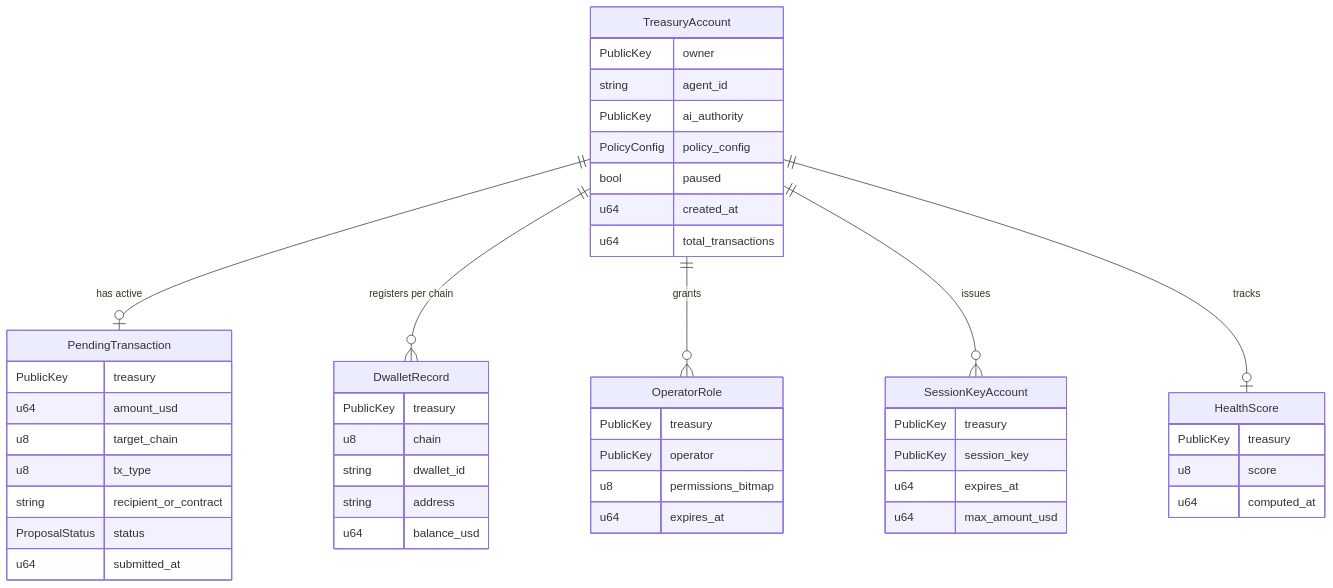
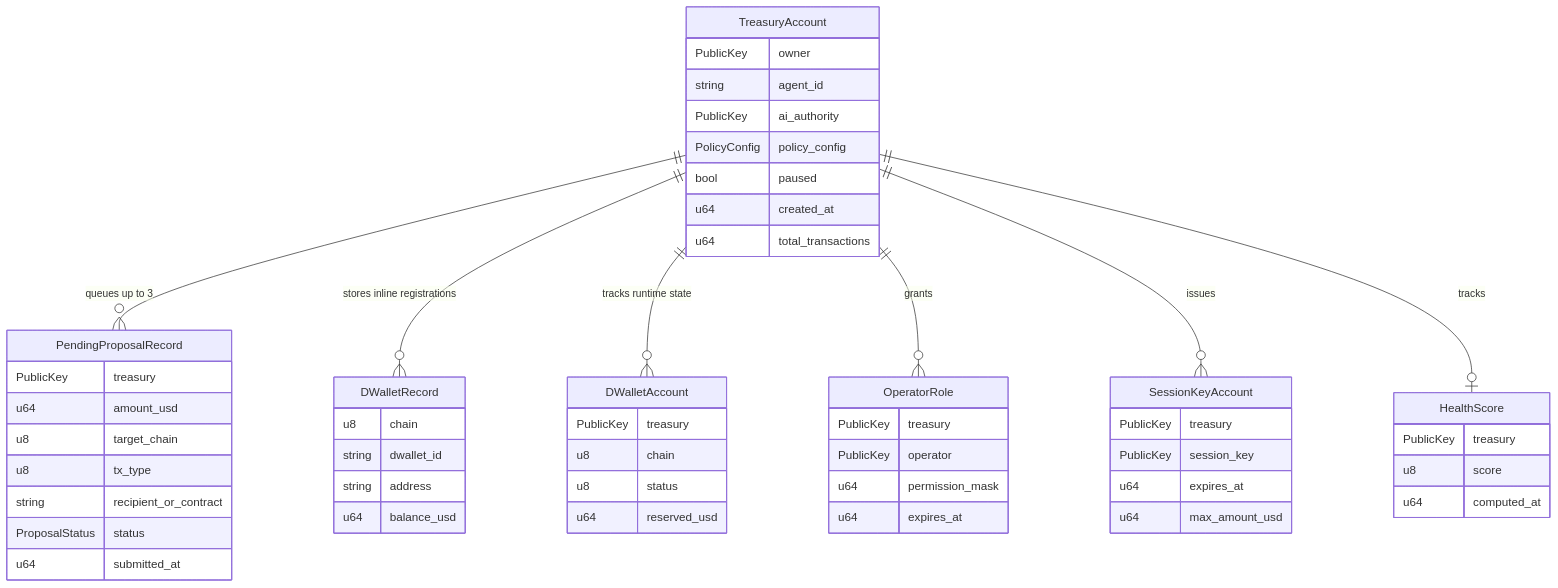
Before and after one commit to exyreams/aura: the fifth of 6 diagrams in packages/docs/content/overview/architecture.mdx, drawn with Mermaid. The commit also changed other lines of this file and 36 other files, not shown here.

````diff
--- a/packages/docs/content/overview/architecture.mdx
+++ b/packages/docs/content/overview/architecture.mdx
@@ -144,50 +144,56 @@
 ```mermaid
 erDiagram
   TreasuryAccount {
     PublicKey owner
     string agent_id
     PublicKey ai_authority
     PolicyConfig policy_config
     bool paused
     u64 created_at
     u64 total_transactions
   }
-  PendingTransaction {
+  PendingProposalRecord {
     PublicKey treasury
     u64 amount_usd
     u8 target_chain
     u8 tx_type
     string recipient_or_contract
     ProposalStatus status
     u64 submitted_at
   }
-  DwalletRecord {
-    PublicKey treasury
+  DWalletRecord {
     u8 chain
     string dwallet_id
     string address
     u64 balance_usd
   }
+  DWalletAccount {
+    PublicKey treasury
+    u8 chain
+    u8 status
+    u64 reserved_usd
+  }
   OperatorRole {
     PublicKey treasury
     PublicKey operator
-    u8 permissions_bitmap
+    u64 permission_mask
     u64 expires_at
   }
   SessionKeyAccount {
     PublicKey treasury
     PublicKey session_key
     u64 expires_at
     u64 max_amount_usd
   }
   HealthScore {
     PublicKey treasury
     u8 score
     u64 computed_at
   }
-  TreasuryAccount ||--o| PendingTransaction : "has active"
-  TreasuryAccount ||--o{ DwalletRecord : "registers per chain"
+  TreasuryAccount ||--o{ PendingProposalRecord : "queues up to 3"
+  TreasuryAccount ||--o{ DWalletRecord : "stores inline registrations"
+  TreasuryAccount ||--o{ DWalletAccount : "tracks runtime state"
   TreasuryAccount ||--o{ OperatorRole : "grants"
   TreasuryAccount ||--o{ SessionKeyAccount : "issues"
   TreasuryAccount ||--o| HealthScore : "tracks"
 ```
````
